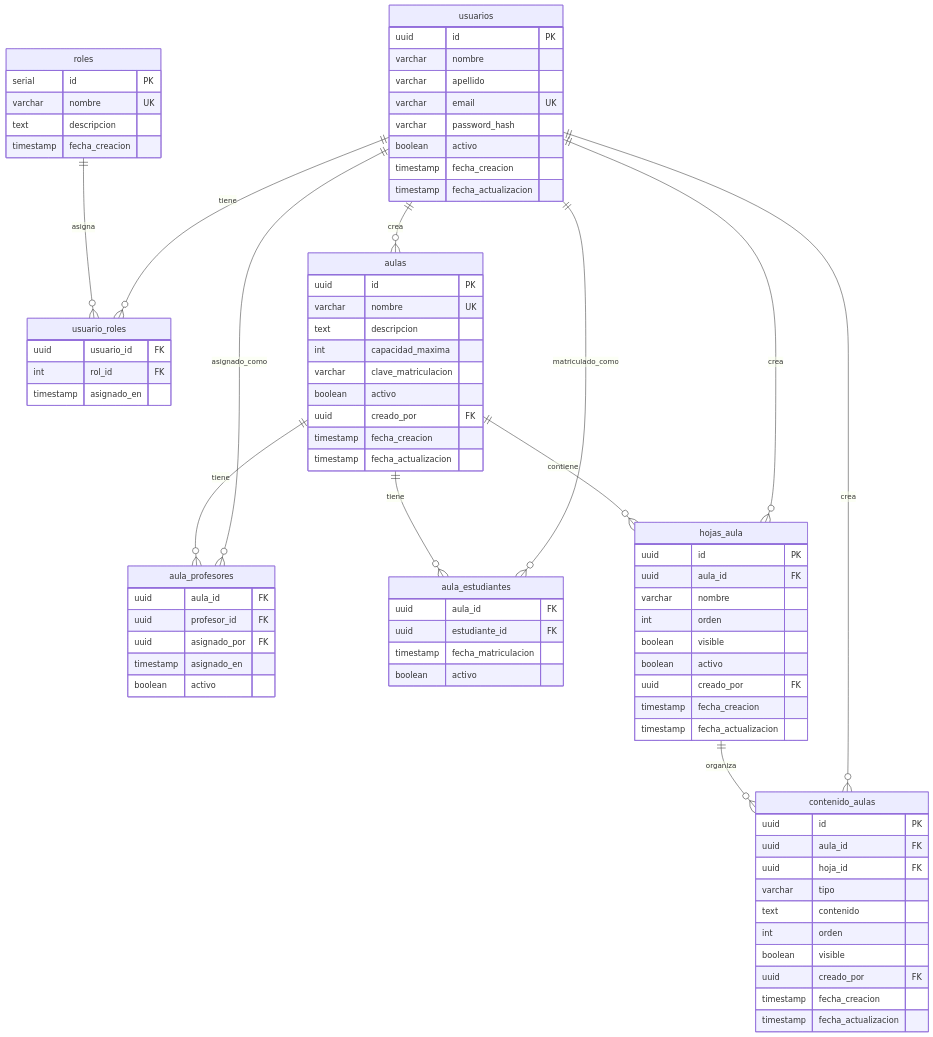
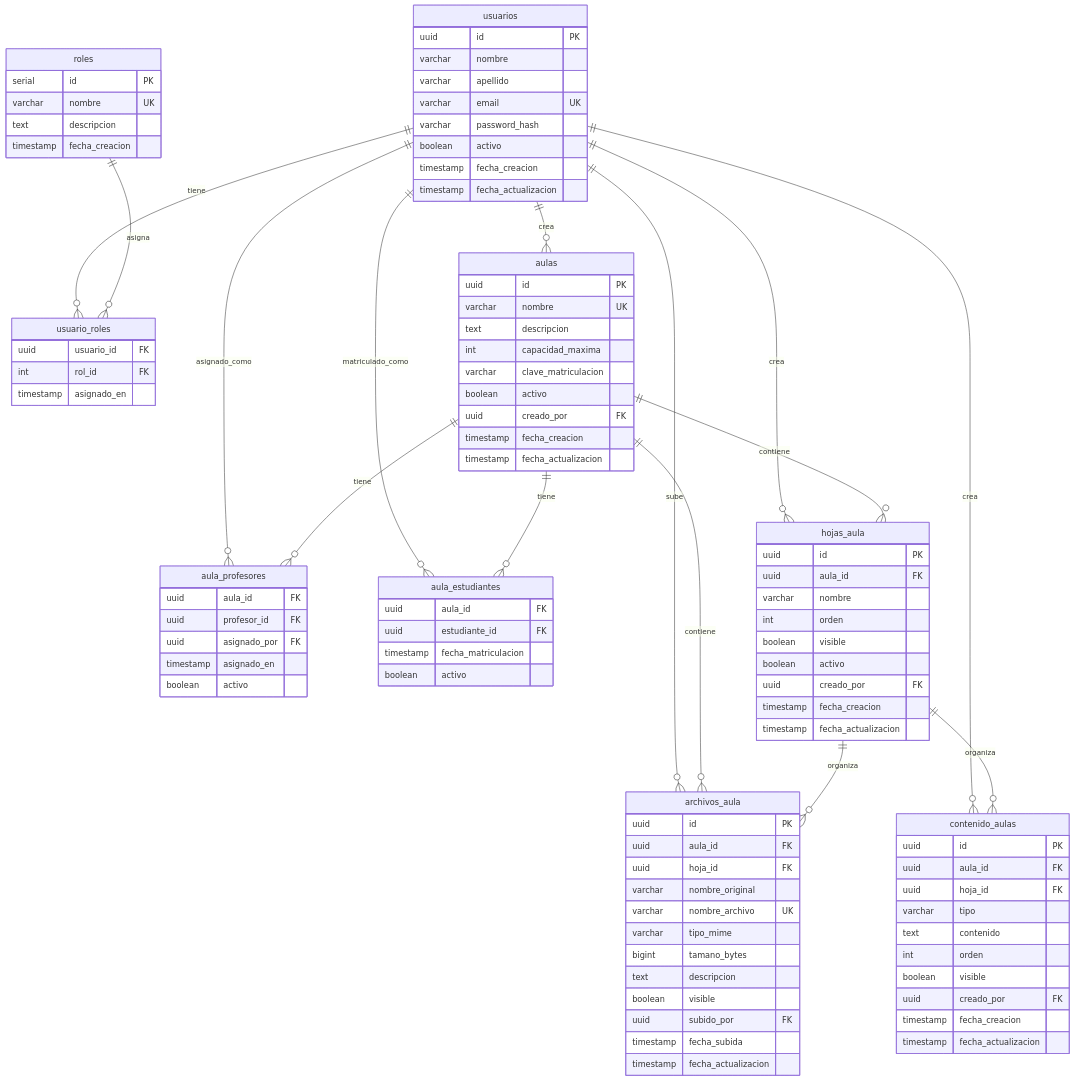
The second of 4 diagrams in README.md (NicoMagro/AulaVirtual), drawn with Mermaid before and after one commit. The commit also changed other lines of this file and 8 other files, not shown here.

First line of the commit message:
Agregar sistema de subida y gestión de archivos

````diff
--- a/README.md
+++ b/README.md
@@ -57,10 +59,13 @@
     usuarios ||--o{ aula_estudiantes : matriculado_como
     usuarios ||--o{ hojas_aula : crea
     usuarios ||--o{ contenido_aulas : crea
+    usuarios ||--o{ archivos_aula : sube
     aulas ||--o{ aula_profesores : tiene
     aulas ||--o{ aula_estudiantes : tiene
     aulas ||--o{ hojas_aula : contiene
+    aulas ||--o{ archivos_aula : contiene
     hojas_aula ||--o{ contenido_aulas : organiza
+    hojas_aula ||--o{ archivos_aula : organiza
 
     usuarios {
         uuid id PK
@@ -137,4 +142,19 @@
         timestamp fecha_creacion
         timestamp fecha_actualizacion
     }
+
+    archivos_aula {
+        uuid id PK
+        uuid aula_id FK
+        uuid hoja_id FK
+        varchar nombre_original
+        varchar nombre_archivo UK
+        varchar tipo_mime
+        bigint tamano_bytes
+        text descripcion
+        boolean visible
+        uuid subido_por FK
+        timestamp fecha_subida
+        timestamp fecha_actualizacion
+    }
 ```
````
